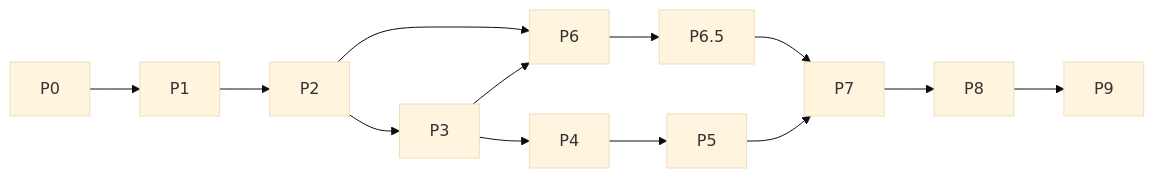
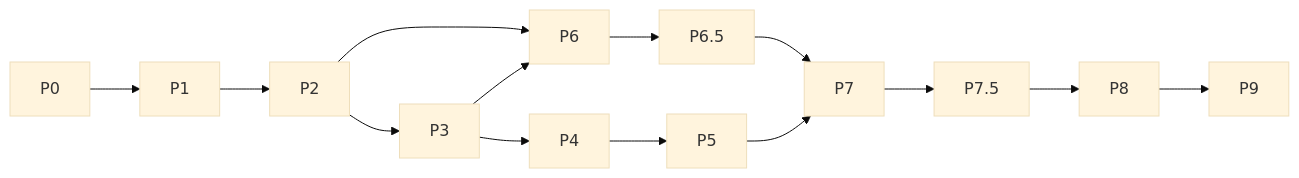
The diagram in docs/roadmap/roadmap.md (ShashidharReddy01/Momentum), drawn with Mermaid (base theme) before and after one commit. The commit also changed other lines of this file and 3 other files, not shown here.

````diff
--- a/docs/roadmap/roadmap.md
+++ b/docs/roadmap/roadmap.md
@@ -23,10 +24,10 @@
 ```mermaid
 flowchart LR
   P0 --> P1 --> P2 --> P3 --> P4 --> P5
   P2 --> P6
   P3 --> P6
   P6 --> P65[P6.5]
   P65 --> P7
   P5 --> P7
-  P7 --> P8 --> P9
+  P7 --> P75[P7.5] --> P8 --> P9
 ```
````
